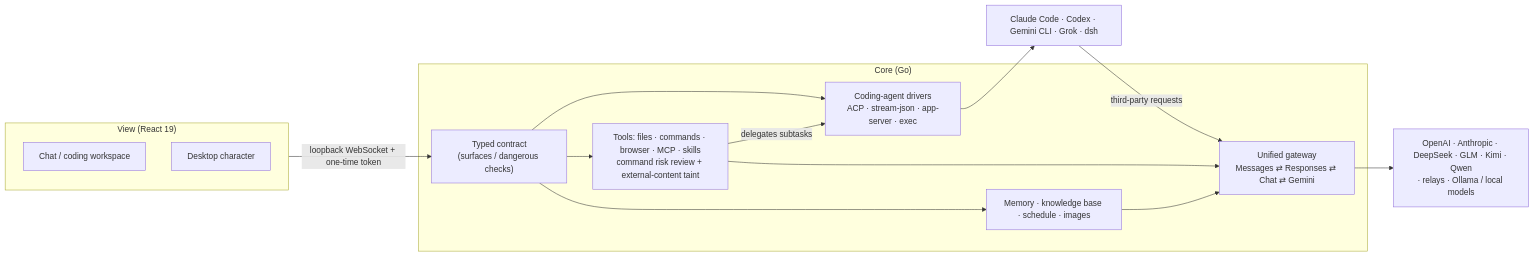
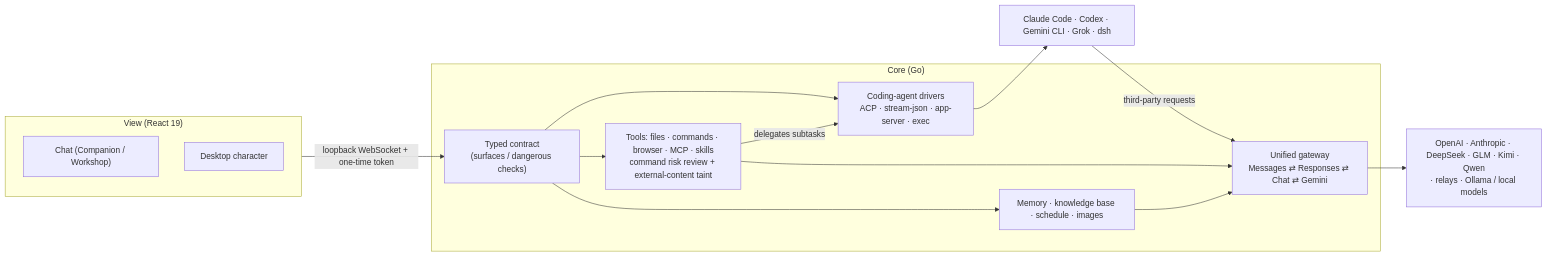
Before and after one commit to Cookieboty/nomi-ai: the diagram in README.en.md, drawn with Mermaid. The commit also changed other lines of this file and 13 other files, not shown here.

````diff
--- a/README.en.md
+++ b/README.en.md
@@ -79,23 +79,23 @@
 ```mermaid
 flowchart LR
   subgraph View["View (React 19)"]
-    Chat["Chat / coding workspace"]
+    Chat["Chat (Companion / Workshop)"]
     Mascot["Desktop character"]
   end
   subgraph Core["Core (Go)"]
     Contract["Typed contract<br/>(surfaces / dangerous checks)"]
     Agents["Coding-agent drivers<br/>ACP · stream-json · app-server · exec"]
     Tools["Tools: files · commands · browser · MCP · skills<br/>command risk review + external-content taint"]
     Mem["Memory · knowledge base · schedule · images"]
     GW["Unified gateway<br/>Messages ⇄ Responses ⇄ Chat ⇄ Gemini"]
   end
   CLI["Claude Code · Codex · Gemini CLI · Grok · dsh"]
   Up["OpenAI · Anthropic · DeepSeek · GLM · Kimi · Qwen<br/>· relays · Ollama / local models"]
   View -- "loopback WebSocket + one-time token" --> Contract
   Contract --> Agents & Tools & Mem
   Agents --> CLI
   CLI -- "third-party requests" --> GW
   Tools -- "delegates subtasks" --> Agents
   Tools & Mem --> GW
   GW --> Up
 ```
````
